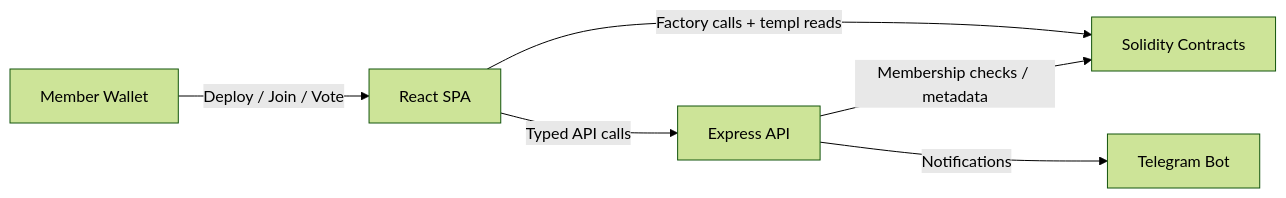
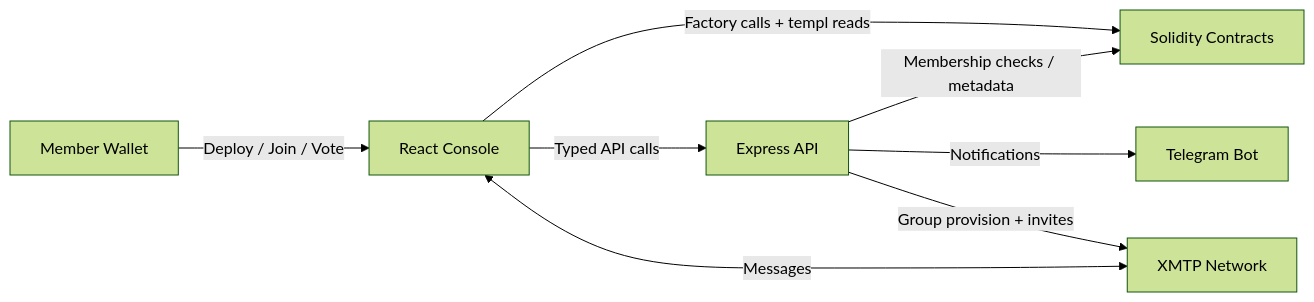
The diagram in README.md (templ-fun/templ-evm-protocol), drawn with Mermaid (forest theme) before and after one commit. The commit also changed other lines of this file and 6 other files, not shown here.

````diff
--- a/README.md
+++ b/README.md
@@ -18,8 +18,10 @@
 ```mermaid
 flowchart LR
-  wallet[Member Wallet] -->|Deploy / Join / Vote| frontend[React SPA]
+  wallet[Member Wallet] -->|Deploy / Join / Vote| frontend[React Console]
   frontend -->|Factory calls + templ reads| contracts[Solidity Contracts]
   frontend -->|Typed API calls| backend[Express API]
   backend -->|Membership checks / metadata| contracts
   backend -->|Notifications| telegram[Telegram Bot]
+  backend -->|Group provision + invites| xmtp[XMTP Network]
+  frontend <-->|Messages| xmtp
 ```
````
